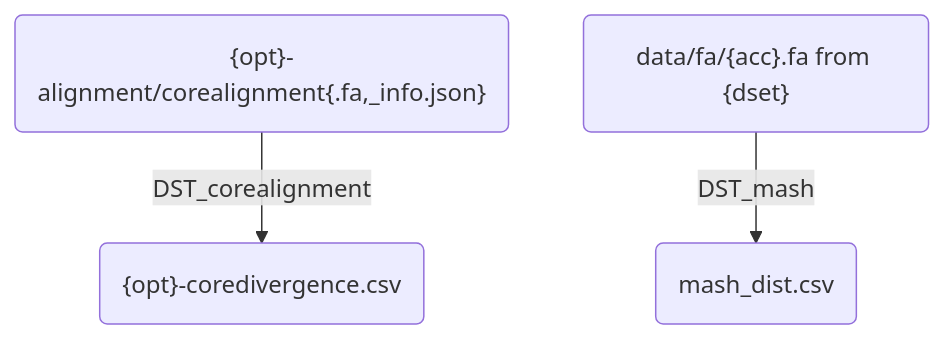
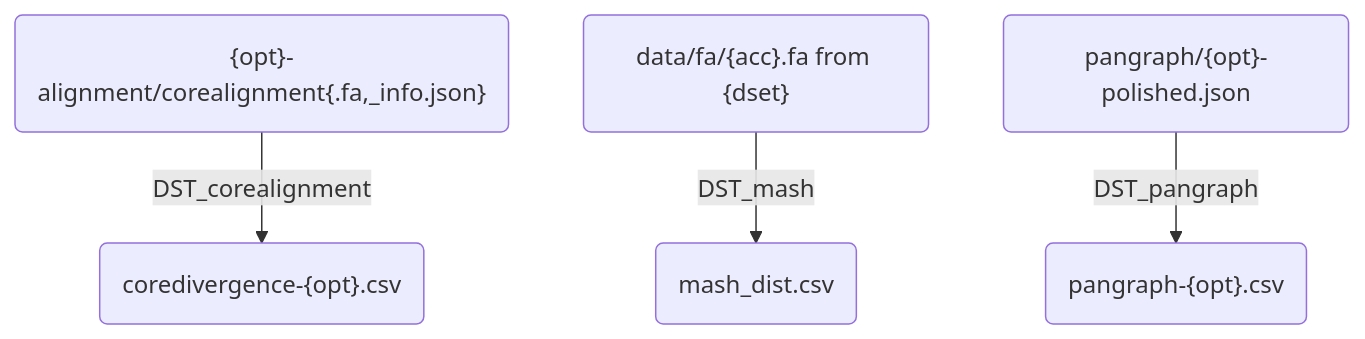
Before and after one commit to mmolari/ecoliST131-structural-evo: the third of 3 diagrams in notes/01_workflow_description.md, drawn with Mermaid. The commit also changed other lines of this file and 2 other files, not shown here.

Commit message:
feat: add pangraph distance

````diff
--- a/notes/01_workflow_description.md
+++ b/notes/01_workflow_description.md
@@ -36,5 +36,6 @@
 ```mermaid
 flowchart TD
-    A("{opt}-alignment/corealignment{.fa,_info.json}") --> |DST_corealignment| B("{opt}-coredivergence.csv")
+    A("{opt}-alignment/corealignment{.fa,_info.json}") --> |DST_corealignment| B("coredivergence-{opt}.csv")
     C("data/fa/{acc}.fa from {dset}") --> |DST_mash| D("mash_dist.csv")
+    E("pangraph/{opt}-polished.json") --> |DST_pangraph| F("pangraph-{opt}.csv")
 ```
````
